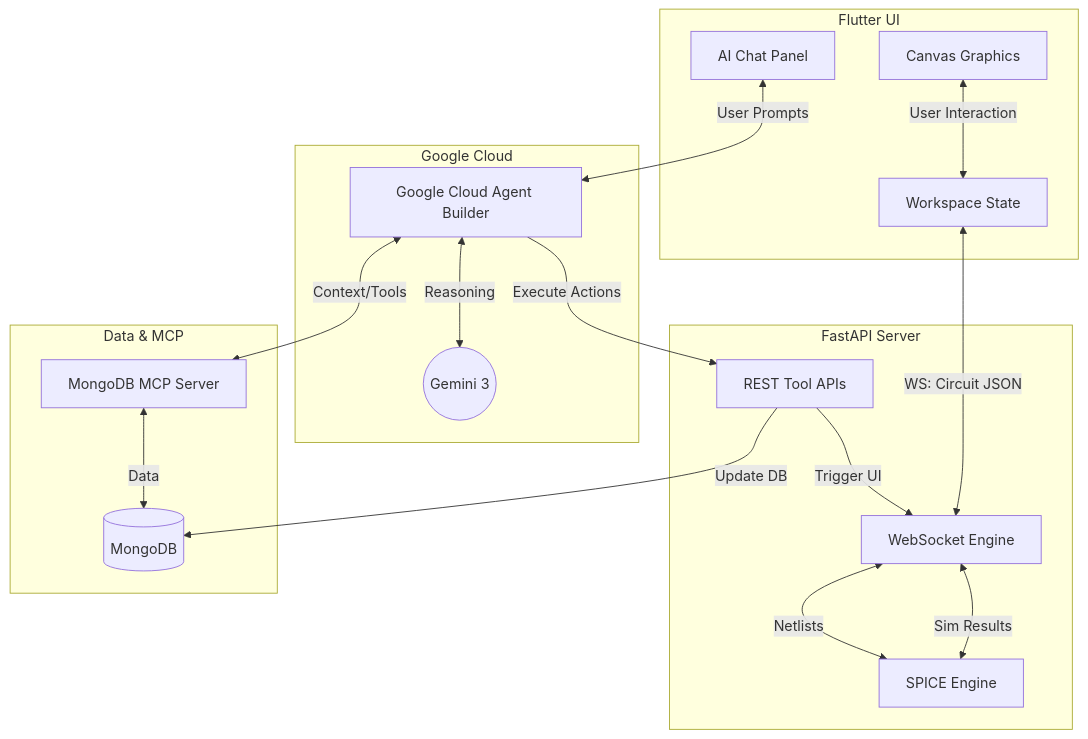
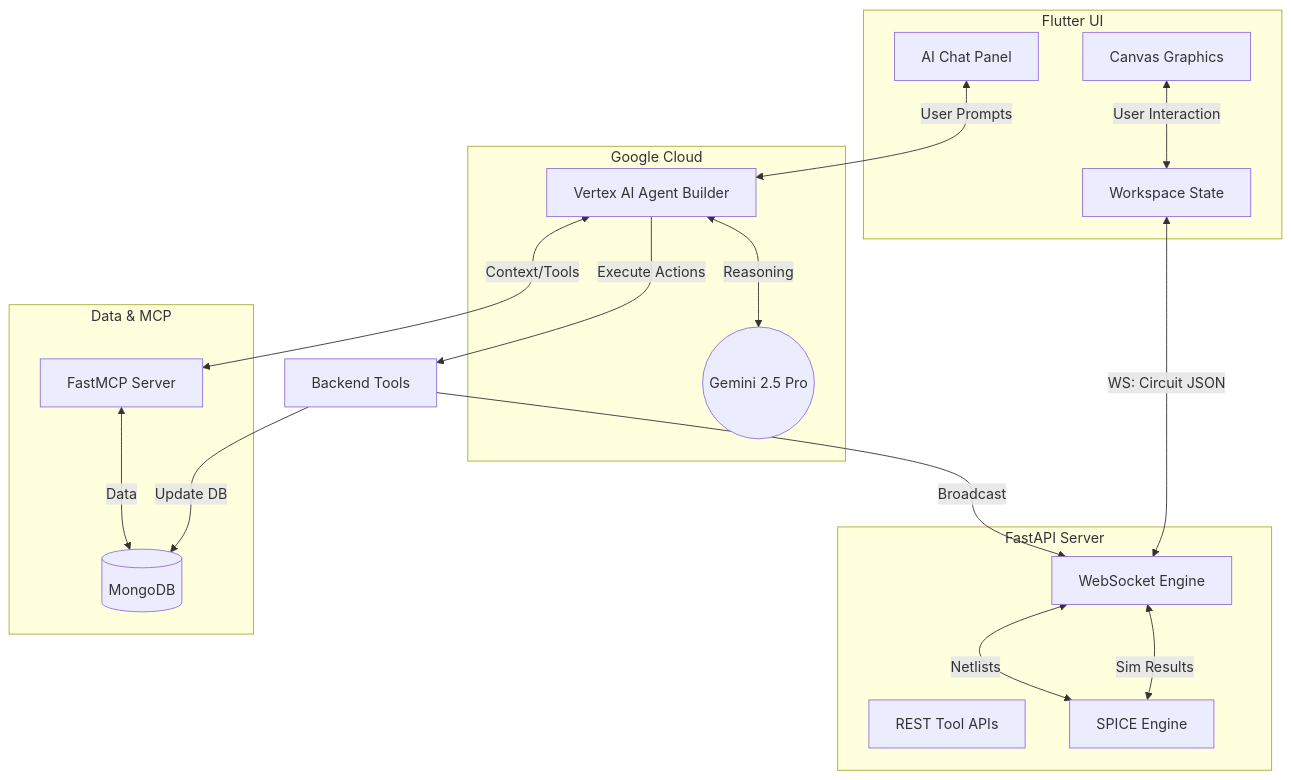
The diagram in README.md (hermes13002/ecs_rapid_agent_hackathon), drawn with Mermaid before and after one commit. The commit also changed other lines of this file and 7 other files, not shown here.

````diff
--- a/README.md
+++ b/README.md
@@ -38,39 +38,39 @@
 ```mermaid
 graph TD
     subgraph Frontend [Flutter UI]
         C[Canvas Graphics]
         IDE[AI Chat Panel]
         State[Workspace State]
     end
 
     subgraph Backend [FastAPI Server]
         REST[REST Tool APIs]
         WS[WebSocket Engine]
         SE[SPICE Engine]
     end
 
     subgraph Google Cloud
-        Agent[Google Cloud Agent Builder]
-        Gemini((Gemini 3))
+        Agent[Vertex AI Agent Builder]
+        Gemini((Gemini 2.5 Pro))
     end
 
     subgraph Data & MCP
         DB[(MongoDB)]
-        MCP[MongoDB MCP Server]
+        MCP[FastMCP Server]
     end
 
     C <-->|User Interaction| State
     IDE <-->|User Prompts| Agent
     
     Agent <-->|Reasoning| Gemini
     Agent <-->|Context/Tools| MCP
     MCP <-->|Data| DB
     
-    Agent -->|Execute Actions| REST
-    REST -->|Update DB| DB
-    REST -->|Trigger UI| WS
+    Agent -->|Execute Actions| Python[Backend Tools]
+    Python -->|Update DB| DB
+    Python -->|Broadcast| WS
     
     State <-->|WS: Circuit JSON| WS
     WS <-->|Netlists| SE
     SE <-->|Sim Results| WS
 ```
````
